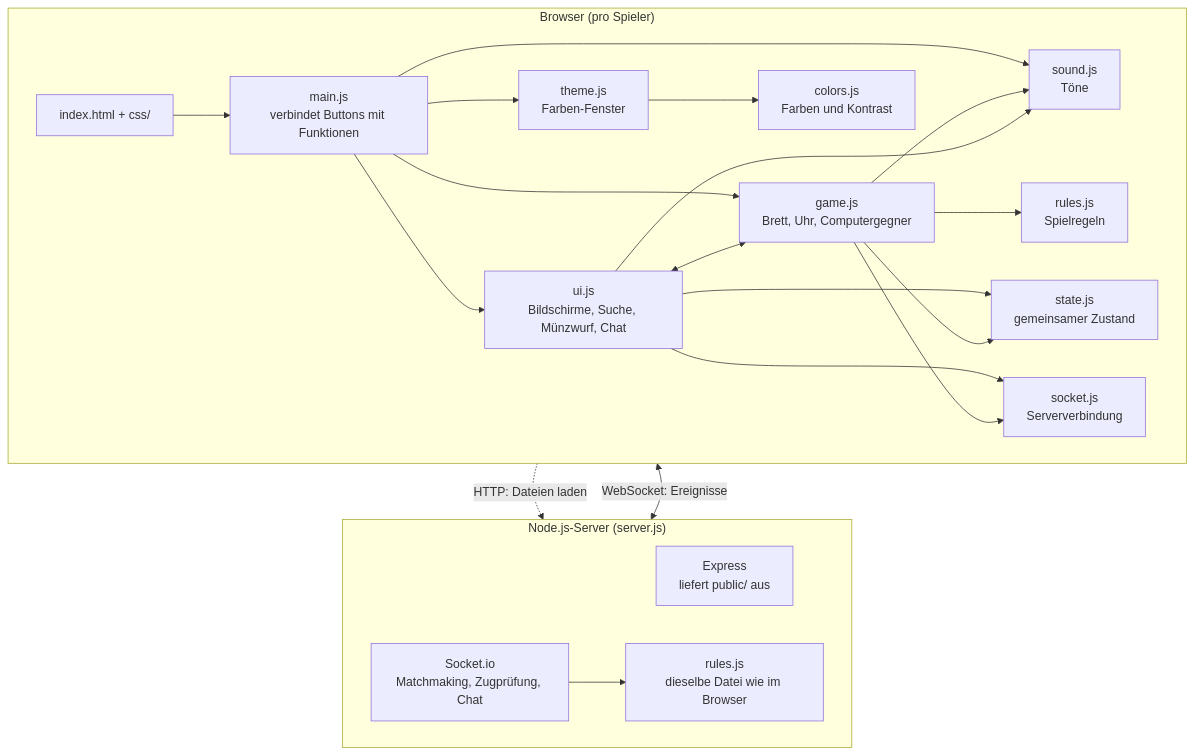
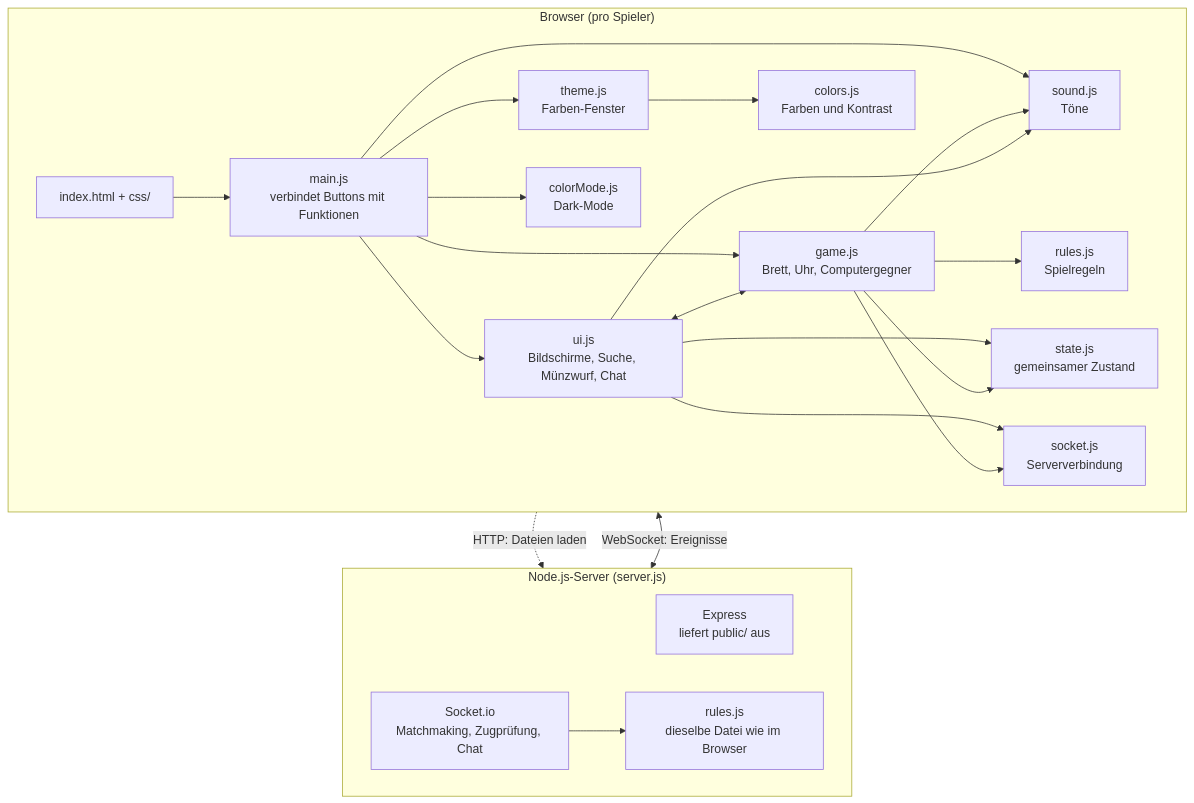
The first of 2 diagrams in README.md (flofries00/WebProgDHBWDame), drawn with Mermaid before and after one commit. The commit also changed other lines of this file and 7 other files, not shown here.

Commit message:
Dark-Mode: folgt der Systemeinstellung, per Button in der Kopfzeile umschaltbar und im Browser gespeichert

````diff
--- a/README.md
+++ b/README.md
@@ -117,41 +119,43 @@
 ```mermaid
 flowchart TB
     subgraph Browser["Browser (pro Spieler)"]
         direction LR
         HTML["index.html + css/"]
         Main["main.js<br/>verbindet Buttons mit Funktionen"]
         UI["ui.js<br/>Bildschirme, Suche, Münzwurf, Chat"]
         Game["game.js<br/>Brett, Uhr, Computergegner"]
         RulesC["rules.js<br/>Spielregeln"]
         Sound["sound.js<br/>Töne"]
         Theme["theme.js<br/>Farben-Fenster"]
         Colors["colors.js<br/>Farben und Kontrast"]
+        ColorMode["colorMode.js<br/>Dark-Mode"]
         State["state.js<br/>gemeinsamer Zustand"]
         SocketC["socket.js<br/>Serververbindung"]
         HTML --> Main
         Main --> UI
         Main --> Game
         Main --> Sound
         Main --> Theme
+        Main --> ColorMode
         Theme --> Colors
         UI <--> Game
         Game --> RulesC
         Game --> Sound
         UI --> Sound
         UI --> State
         Game --> State
         UI --> SocketC
         Game --> SocketC
     end
 
     subgraph Server["Node.js-Server (server.js)"]
         direction LR
         Express["Express<br/>liefert public/ aus"]
         IO["Socket.io<br/>Matchmaking, Zugprüfung, Chat"]
         RulesS["rules.js<br/>dieselbe Datei wie im Browser"]
         IO --> RulesS
     end
 
     HTML -.->|"HTTP: Dateien laden"| Express
     SocketC <-->|"WebSocket: Ereignisse"| IO
 ```
````
